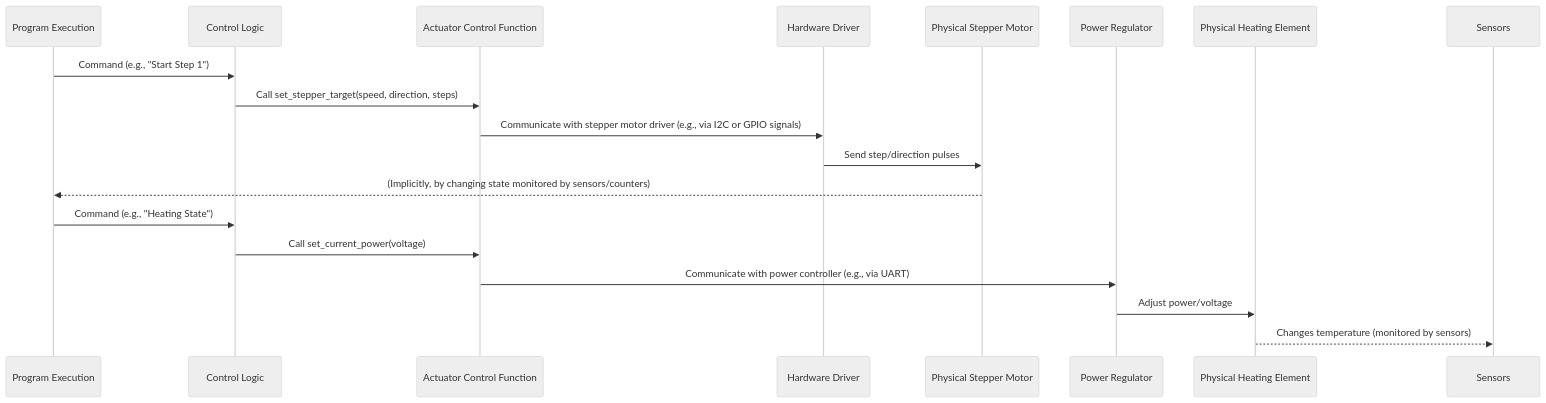
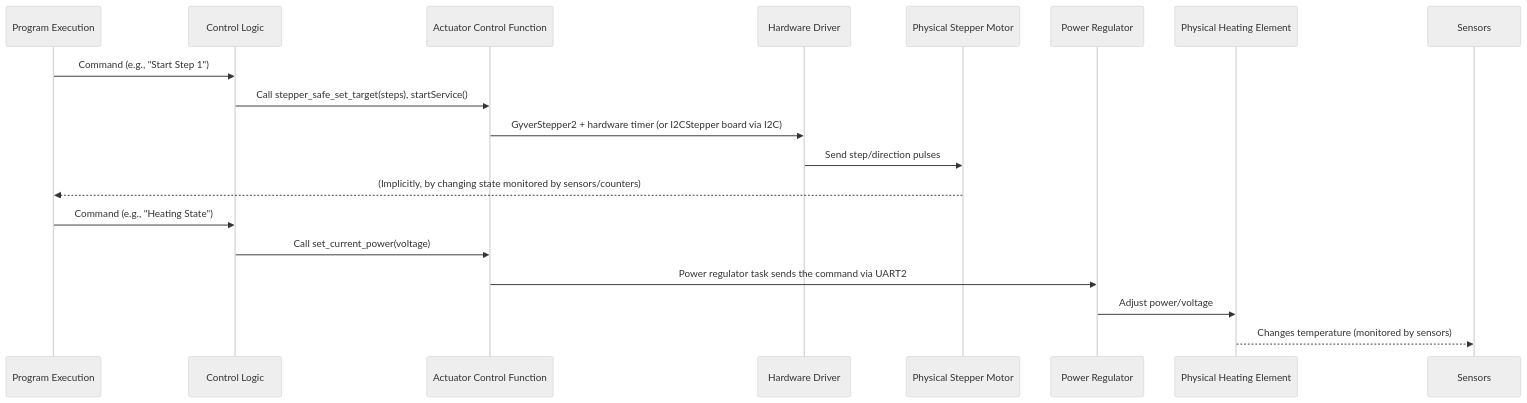
The diagram in doc/05_hardware_control__actuators__.md (LKosoj/Samovar), drawn with Mermaid (neutral theme) before and after one commit. The commit also changed other lines of this file and 35 other files, not shown here.

First line of the commit message:
Уточнение документации, схемы UI и тестов интерфейса

````diff
--- a/doc/05_hardware_control__actuators__.md
+++ b/doc/05_hardware_control__actuators__.md
@@ -64,14 +64,14 @@
 ```mermaid
 sequenceDiagram
     Program Execution->>Control Logic: Command (e.g., "Start Step 1")
-    Control Logic->>Actuator Control Function: Call set_stepper_target(speed, direction, steps)
-    Actuator Control Function->>Hardware Driver: Communicate with stepper motor driver (e.g., via I2C or GPIO signals)
+    Control Logic->>Actuator Control Function: Call stepper_safe_set_target(steps), startService()
+    Actuator Control Function->>Hardware Driver: GyverStepper2 + hardware timer (or I2CStepper board via I2C)
     Hardware Driver->>Physical Stepper Motor: Send step/direction pulses
     Physical Stepper Motor-->>Program Execution: (Implicitly, by changing state monitored by sensors/counters)
 
     Program Execution->>Control Logic: Command (e.g., "Heating State")
     Control Logic->>Actuator Control Function: Call set_current_power(voltage)
-    Actuator Control Function->>Power Regulator: Communicate with power controller (e.g., via UART)
+    Actuator Control Function->>Power Regulator: Power regulator task sends the command via UART2
     Power Regulator->>Physical Heating Element: Adjust power/voltage
     Physical Heating Element-->>Sensors: Changes temperature (monitored by sensors)
 ```
````
